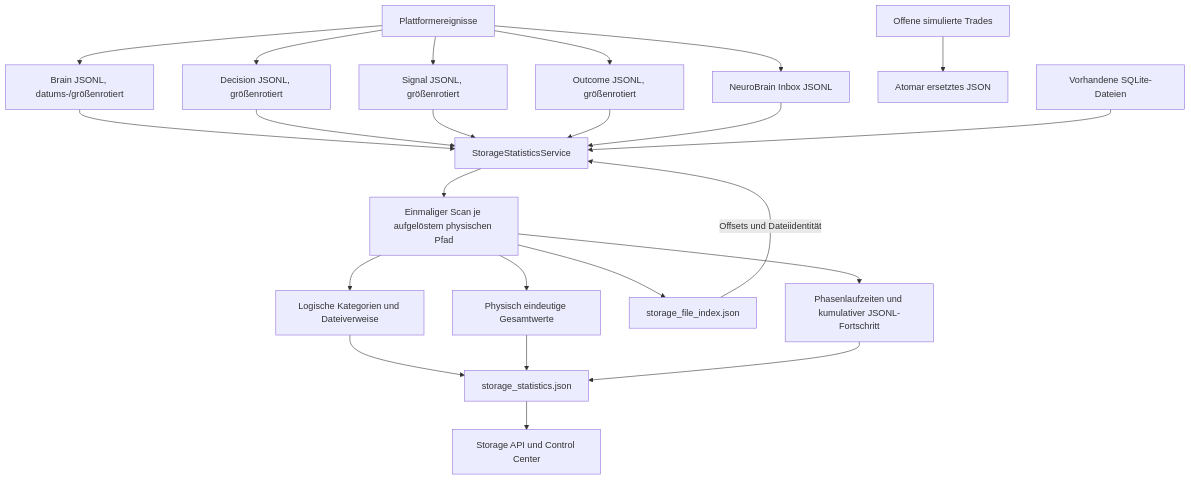
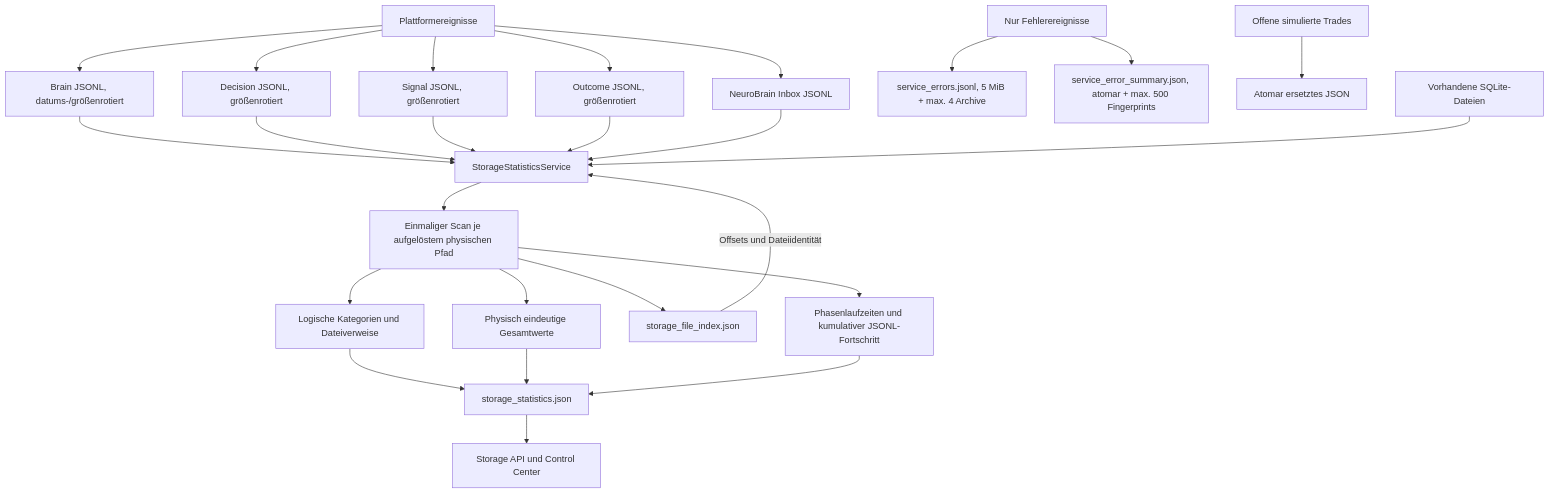
The third of 5 diagrams in docs/ARCHITECTURE.md (cRioshy/Pando), drawn with Mermaid before and after one commit. The commit also changed other lines of this file and 11 other files, not shown here.

Commit message:
Add bounded service error journal

````diff
--- a/docs/ARCHITECTURE.md
+++ b/docs/ARCHITECTURE.md
@@ -100,20 +103,22 @@
 ```mermaid
 flowchart TD
     EVENTS["Plattformereignisse"] --> BRAIN["Brain JSONL, datums-/größenrotiert"]
     EVENTS --> DEC["Decision JSONL, größenrotiert"]
     EVENTS --> SIG["Signal JSONL, größenrotiert"]
     EVENTS --> OUT["Outcome JSONL, größenrotiert"]
     EVENTS --> NEURO["NeuroBrain Inbox JSONL"]
+    ERRORS["Nur Fehlerereignisse"] --> ERRLOG["service_errors.jsonl, 5 MiB + max. 4 Archive"]
+    ERRORS --> ERRSUM["service_error_summary.json, atomar + max. 500 Fingerprints"]
     OPEN["Offene simulierte Trades"] --> JSON["Atomar ersetztes JSON"]
     BRAIN & DEC & SIG & OUT & NEURO --> SCAN["StorageStatisticsService"]
     SQLITE["Vorhandene SQLite-Dateien"] --> SCAN
     SCAN --> UNIQUE["Einmaliger Scan je aufgelöstem physischen Pfad"]
     UNIQUE --> LOGICAL["Logische Kategorien und Dateiverweise"]
     UNIQUE --> PHYSICAL["Physisch eindeutige Gesamtwerte"]
     UNIQUE --> INDEX["storage_file_index.json"]
     UNIQUE --> METRICS["Phasenlaufzeiten und kumulativer JSONL-Fortschritt"]
     LOGICAL & PHYSICAL --> SNAP["storage_statistics.json"]
     METRICS --> SNAP
     INDEX -->|"Offsets und Dateiidentität"| SCAN
     SNAP --> API["Storage API und Control Center"]
 ```
````
